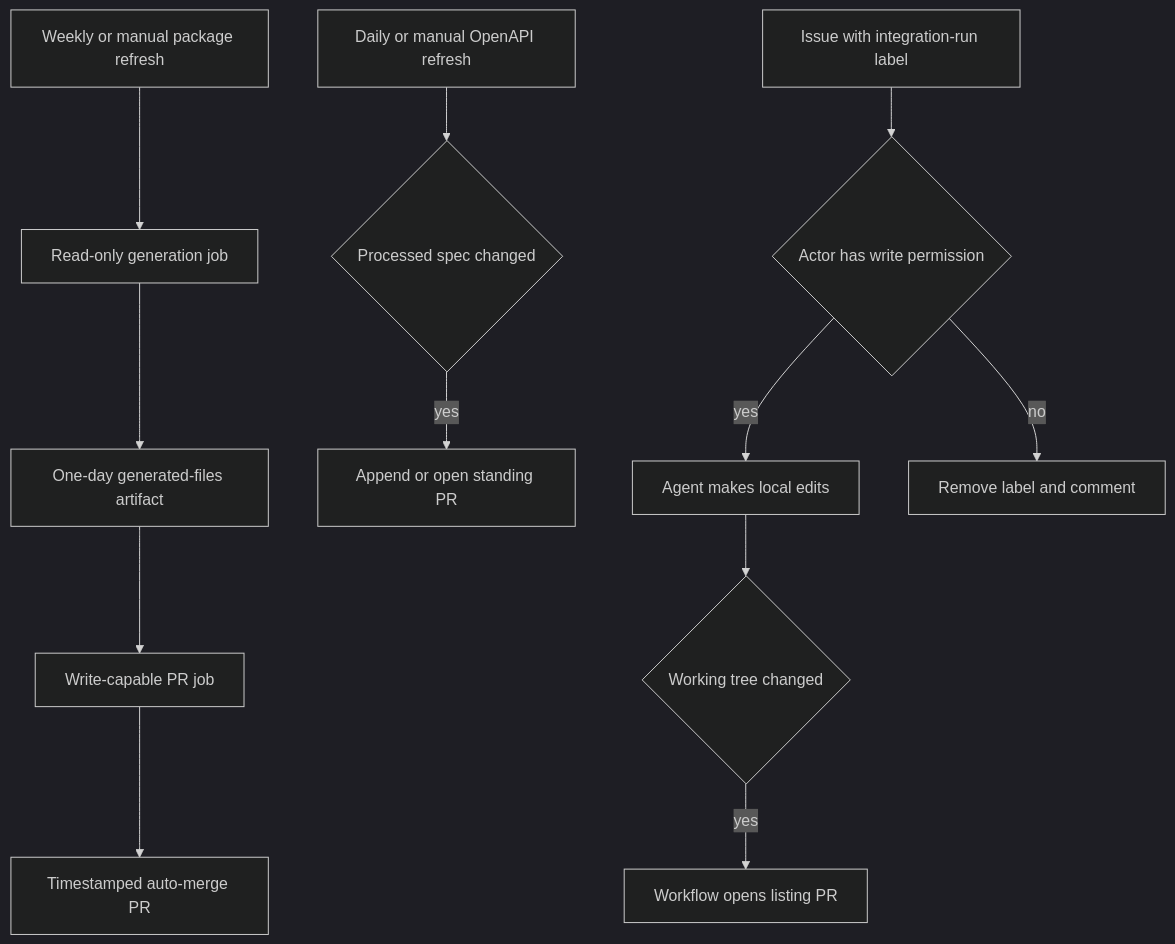
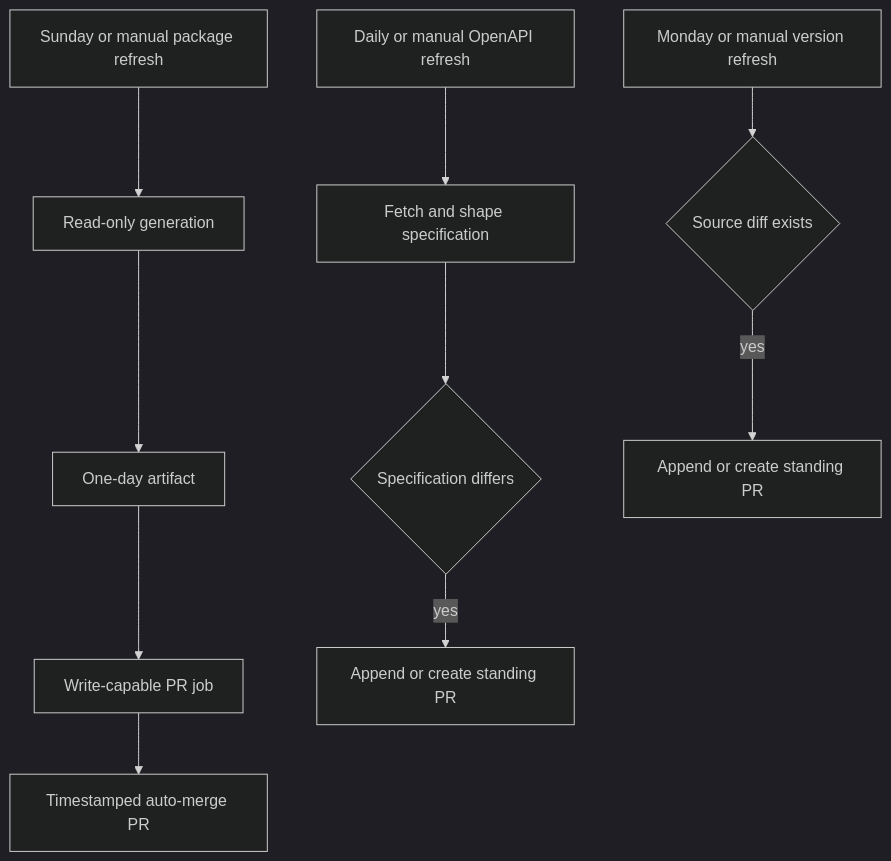
One commit to langchain-ai/docs changed the second of 2 diagrams in openwiki/integrations/github-actions.md. Above: the diagram before and after it, drawn with Mermaid (dark theme). The commit also changed other lines of this file and 21 other files, not shown here.

````diff
--- a/openwiki/integrations/github-actions.md
+++ b/openwiki/integrations/github-actions.md
@@ -164,14 +161,12 @@
 ```mermaid
 flowchart TD
-  DownloadSchedule["Weekly or manual package refresh"] --> Generate["Read-only generation job"]
-  Generate --> Artifact["One-day generated-files artifact"]
-  Artifact --> CommitJob["Write-capable PR job"]
-  CommitJob --> DownloadPR["Timestamped auto-merge PR"]
-  OpenAPISchedule["Daily or manual OpenAPI refresh"] --> OpenAPIDiff{"Processed spec changed"}
-  OpenAPIDiff -->|"yes"| OpenAPIPR["Append or open standing PR"]
-  ListingIssue["Issue with integration-run label"] --> PermissionGate{"Actor has write permission"}
-  PermissionGate -->|"yes"| Agent["Agent makes local edits"]
-  Agent --> EditDiff{"Working tree changed"}
-  EditDiff -->|"yes"| ListingPR["Workflow opens listing PR"]
-  PermissionGate -->|"no"| Reject["Remove label and comment"]
+  PackageRun["Sunday or manual package refresh"] --> Generate["Read-only generation"]
+  Generate --> Artifact["One-day artifact"]
+  Artifact --> Commit["Write-capable PR job"]
+  Commit --> PackagePR["Timestamped auto-merge PR"]
+  OpenAPIRun["Daily or manual OpenAPI refresh"] --> Process["Fetch and shape specification"]
+  Process --> OpenAPIDiff{"Specification differs"}
+  OpenAPIDiff -->|"yes"| OpenAPIPR["Append or create standing PR"]
+  VersionRun["Monday or manual version refresh"] --> VersionDiff{"Source diff exists"}
+  VersionDiff -->|"yes"| VersionPR["Append or create standing PR"]
 ```
````
